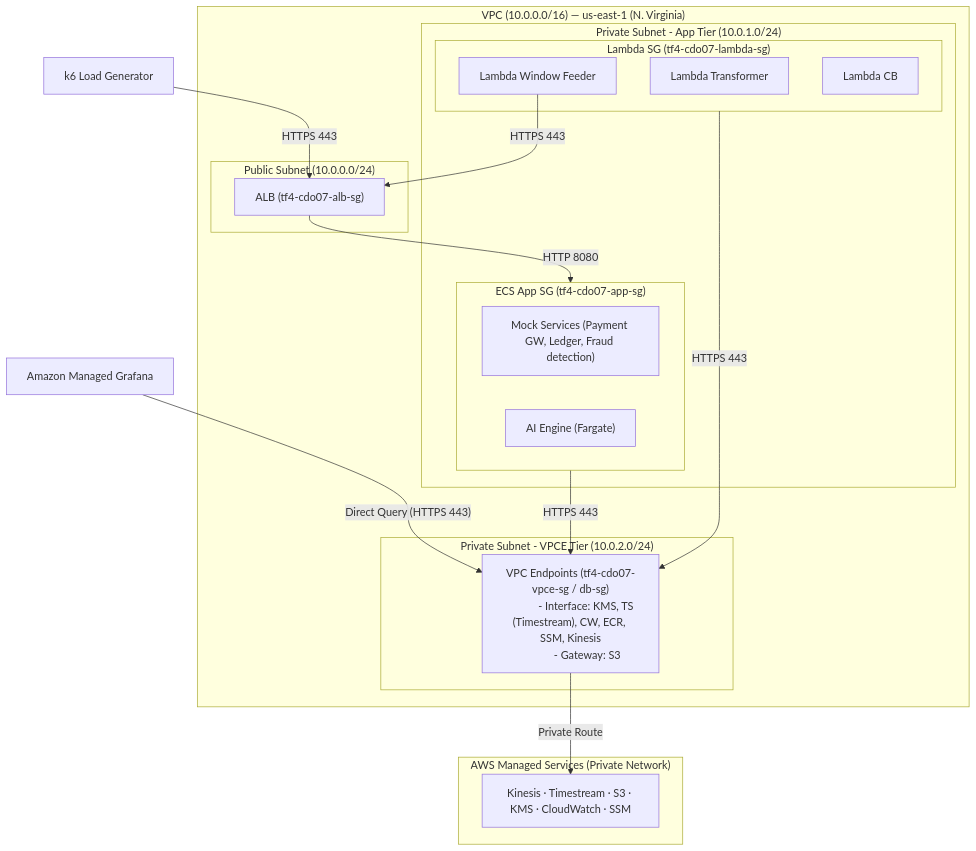
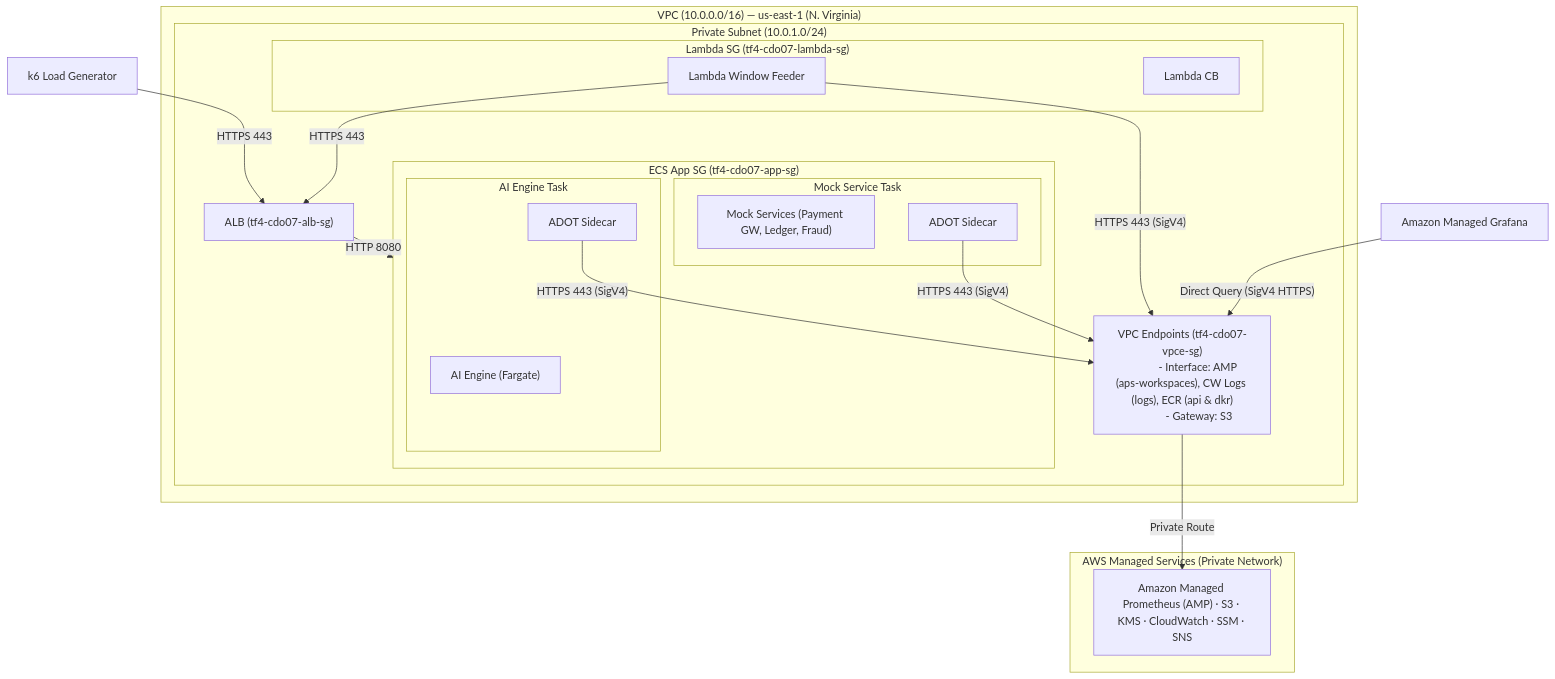
One commit to CDO-07/CDO-07-Capstone-phase2 changed the first of 2 diagrams in xbrain-learners/capstone/tf-4/cdo-07/docs/03_security_design.md. Above: the diagram before and after it, drawn with Mermaid. The commit also changed other lines of this file, not shown here.

````diff
--- a/xbrain-learners/capstone/tf-4/cdo-07/docs/03_security_design.md
+++ b/xbrain-learners/capstone/tf-4/cdo-07/docs/03_security_design.md
@@ -20,44 +20,46 @@
 ```mermaid
 graph TD
     %% Internet Client
     CLIENT["k6 Load Generator"] -->|"HTTPS 443"| ALB
     
     subgraph VPC["VPC (10.0.0.0/16) — us-east-1 (N. Virginia)"]
-        subgraph PUB_SUB["Public Subnet (10.0.0.0/24)"]
+        subgraph PRIV_SUB["Private Subnet (10.0.1.0/24)"]
             ALB["ALB (tf4-cdo07-alb-sg)"]
-        end
-
-        subgraph APP_SUB["Private Subnet - App Tier (10.0.1.0/24)"]
+            
             subgraph APP_SG["ECS App SG (tf4-cdo07-app-sg)"]
-                MOCK["Mock Services (Payment GW, Ledger, Fraud detection)"]
-                AI["AI Engine (Fargate)"]
+                subgraph MOCK_TASK["Mock Service Task"]
+                    MOCK["Mock Services (Payment GW, Ledger, Fraud)"]
+                    ADOT_MOCK["ADOT Sidecar"]
+                end
+                subgraph AI_TASK["AI Engine Task"]
+                    AI["AI Engine (Fargate)"]
+                    ADOT_AI["ADOT Sidecar"]
+                end
             end
             
             subgraph LAMBDA_SG["Lambda SG (tf4-cdo07-lambda-sg)"]
-                L_TRANS["Lambda Transformer"]
                 L_FEED["Lambda Window Feeder"]
                 L_CB["Lambda CB"]
             end
-        end
 
-        subgraph VPCE_SUB["Private Subnet - VPCE Tier (10.0.2.0/24)"]
-            VPCE["VPC Endpoints (tf4-cdo07-vpce-sg / db-sg)
-            - Interface: KMS, TS (Timestream), CW, ECR, SSM, Kinesis
+            VPCE["VPC Endpoints (tf4-cdo07-vpce-sg)
+            - Interface: AMP (aps-workspaces), CW Logs (logs), ECR (api & dkr)
             - Gateway: S3"]
         end
     end
 
     subgraph AWS["AWS Managed Services (Private Network)"]
-        AWS_SERVS["Kinesis · Timestream · S3 · KMS · CloudWatch · SSM"]
+        AWS_SERVS["Amazon Managed Prometheus (AMP) · S3 · KMS · CloudWatch · SSM · SNS"]
     end
 
     GRAFANA["Amazon Managed Grafana"]
 
     %% Network Security Flows
     ALB -->|"HTTP 8080"| APP_SG
-    APP_SG -->|"HTTPS 443"| VPCE
-    LAMBDA_SG -->|"HTTPS 443"| VPCE
+    ADOT_MOCK -->|"HTTPS 443 (SigV4)"| VPCE
+    ADOT_AI -->|"HTTPS 443 (SigV4)"| VPCE
+    L_FEED -->|"HTTPS 443 (SigV4)"| VPCE
     VPCE -->|"Private Route"| AWS_SERVS
-    GRAFANA -->|"Direct Query (HTTPS 443)"| VPCE
+    GRAFANA -->|"Direct Query (SigV4 HTTPS)"| VPCE
     L_FEED -->|"HTTPS 443"| ALB
 ```
````
